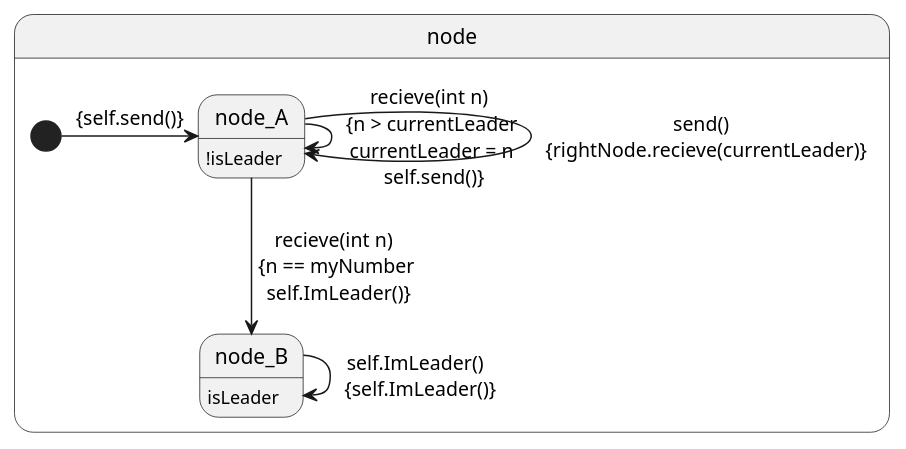
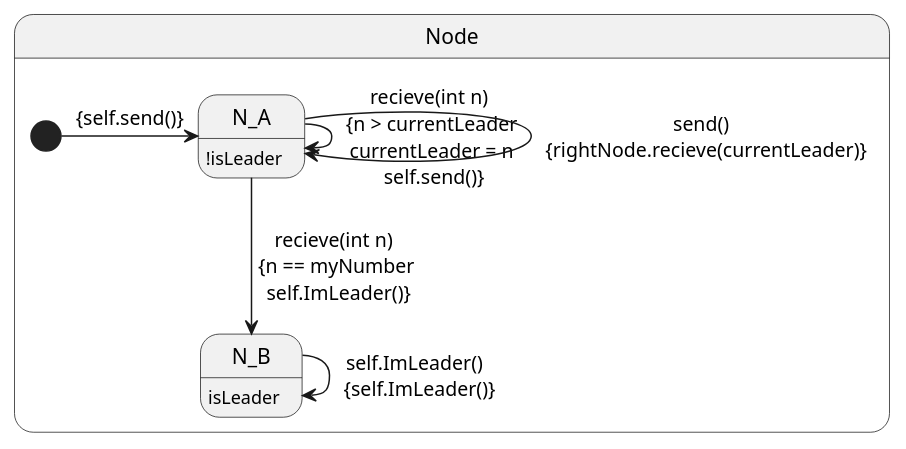
Before and after one commit to gnowin/UML-To-Rebecca-Dataset: the diagram in ModelTranslations/LCRLeader/LCRLeader.plantuml, drawn with PlantUML. The commit also changed 4 other files, not shown here.

```diff
--- a/ModelTranslations/LCRLeader/LCRLeader.plantuml
+++ b/ModelTranslations/LCRLeader/LCRLeader.plantuml
@@ -1,18 +1,18 @@
 @startuml
 
 hide empty description
 
-state node{
-    state node_A : !isLeader
+state Node{
+    state N_A : !isLeader
 
-    state node_B : isLeader
+    state N_B : isLeader
 
-    [*] -> node_A : {self.send()}
-    node_A -> node_A : recieve(int n) \n {n > currentLeader \n currentLeader = n \n self.send()}
-    node_A -> node_A : send() \n {rightNode.recieve(currentLeader)}
-    node_A --> node_B : recieve(int n) \n {n == myNumber \n self.ImLeader()}
-    node_B -> node_B : self.ImLeader() \n {self.ImLeader()}
+    [*] -> N_A : {self.send()}
+    N_A -> N_A : recieve(int n) \n {n > currentLeader \n currentLeader = n \n self.send()}
+    N_A -> N_A : send() \n {rightNode.recieve(currentLeader)}
+    N_A --> N_B : recieve(int n) \n {n == myNumber \n self.ImLeader()}
+    N_B -> N_B : self.ImLeader() \n {self.ImLeader()}
 
 }
 
 @enduml
```
